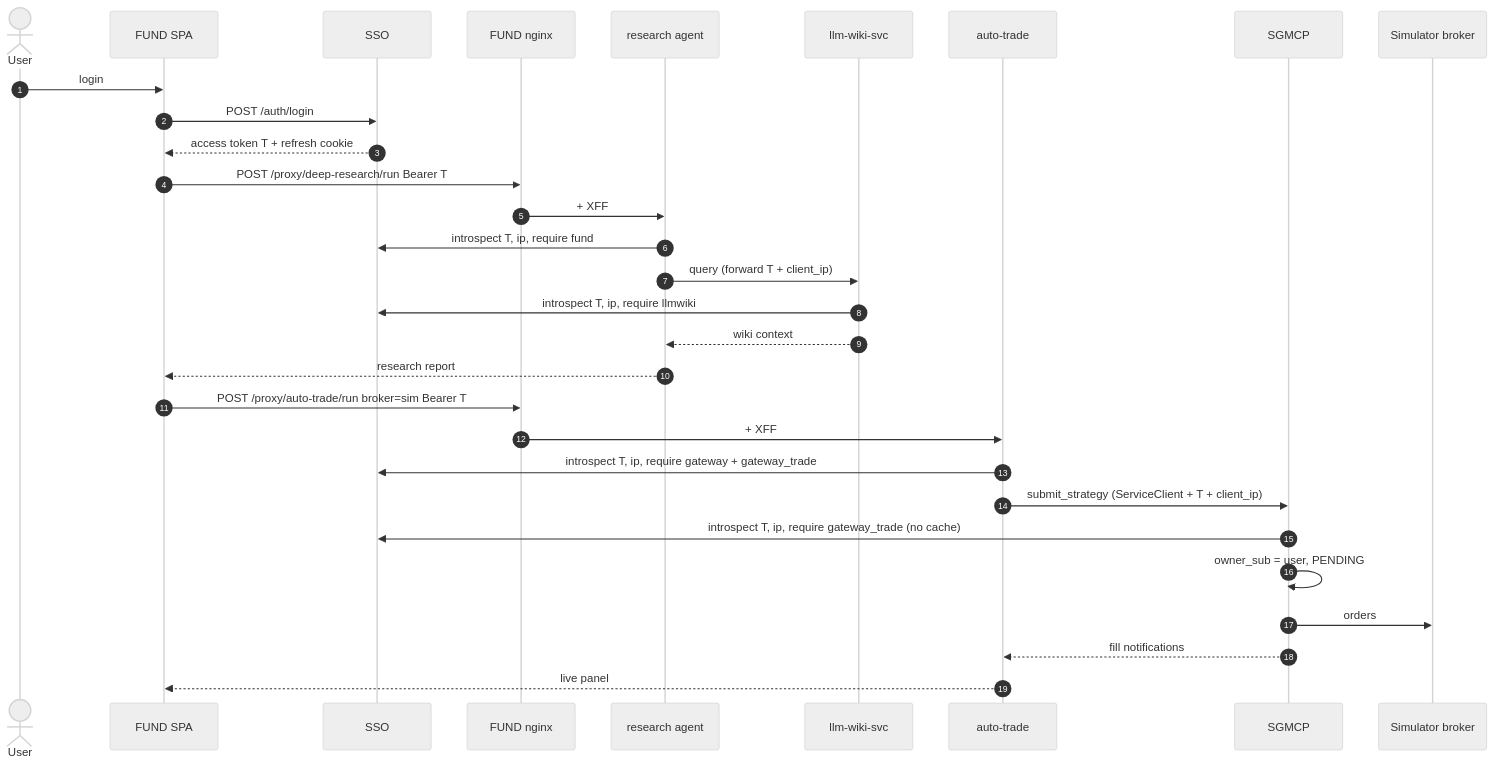
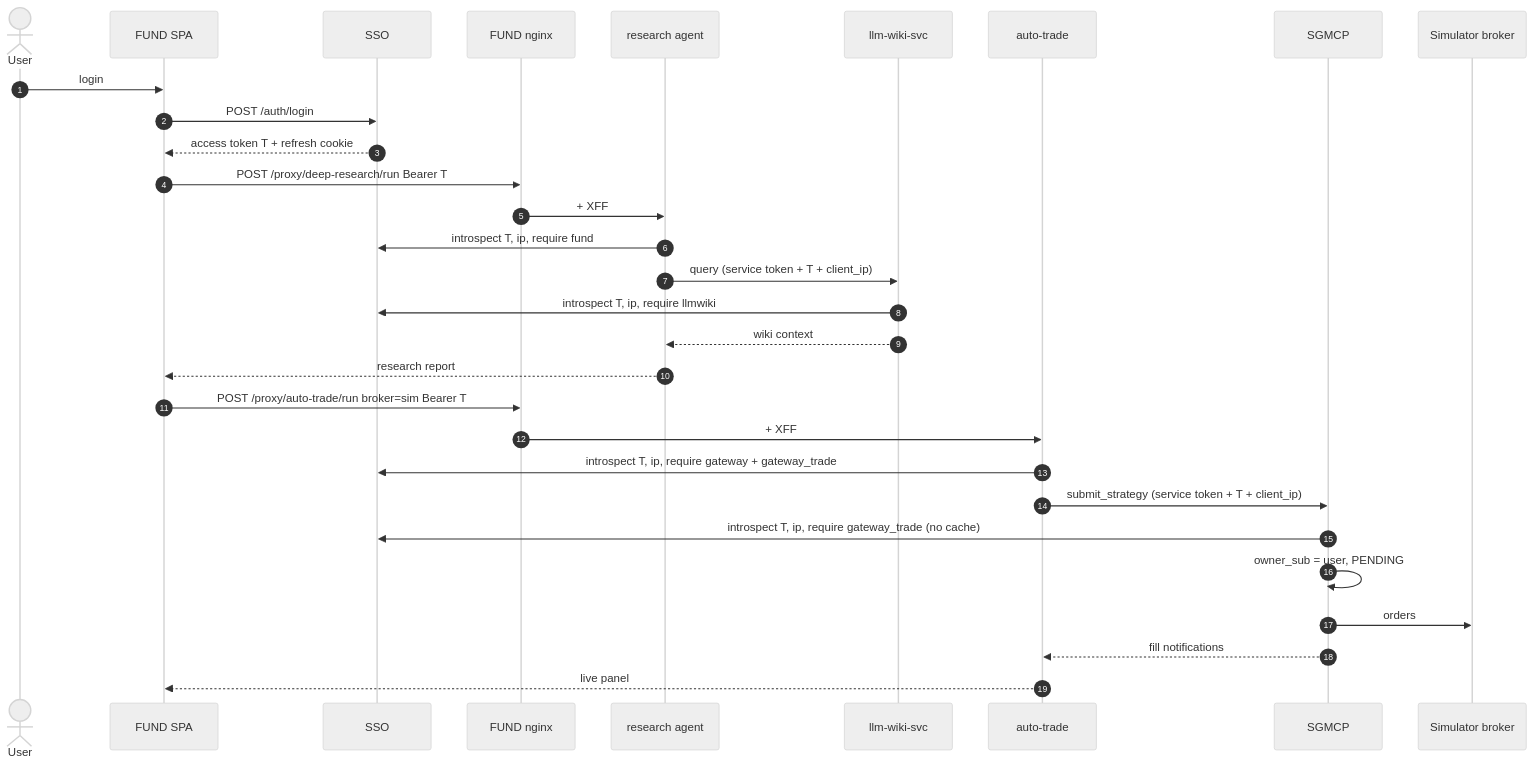
Diagram 13 of 14 in docs/ECOSYSTEM-INTEGRATION.md (Neural-Matrix-LLC/SSO-server), drawn with Mermaid (neutral theme) before and after one commit. The commit also changed other lines of this file and 4 other files, not shown here.

````diff
--- a/docs/ECOSYSTEM-INTEGRATION.md
+++ b/docs/ECOSYSTEM-INTEGRATION.md
@@ -465,32 +605,32 @@
 ```mermaid
 sequenceDiagram
   autonumber
   actor U as User
   participant SPA as FUND SPA
   participant SSO as SSO
   participant NG as FUND nginx
   participant RS as research agent
   participant LW as llm-wiki-svc
   participant AT as auto-trade
   participant GW as SGMCP
   participant SIM as Simulator broker
   U->>SPA: login
   SPA->>SSO: POST /auth/login
   SSO-->>SPA: access token T + refresh cookie
   SPA->>NG: POST /proxy/deep-research/run Bearer T
   NG->>RS: + XFF
   RS->>SSO: introspect T, ip, require fund
-  RS->>LW: query (forward T + client_ip)
+  RS->>LW: query (service token + T + client_ip)
   LW->>SSO: introspect T, ip, require llmwiki
   LW-->>RS: wiki context
   RS-->>SPA: research report
   SPA->>NG: POST /proxy/auto-trade/run broker=sim Bearer T
   NG->>AT: + XFF
   AT->>SSO: introspect T, ip, require gateway + gateway_trade
-  AT->>GW: submit_strategy (ServiceClient + T + client_ip)
+  AT->>GW: submit_strategy (service token + T + client_ip)
   GW->>SSO: introspect T, ip, require gateway_trade (no cache)
   GW->>GW: owner_sub = user, PENDING
   GW->>SIM: orders
   GW-->>AT: fill notifications
   AT-->>SPA: live panel
 ```
````
